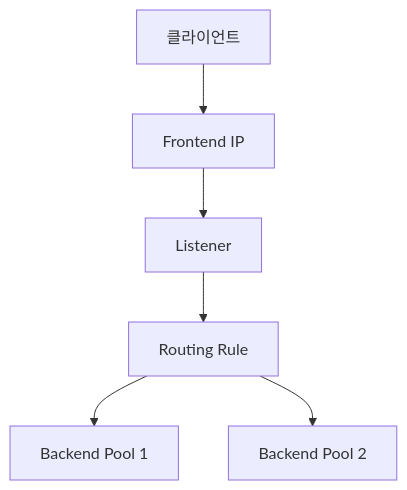
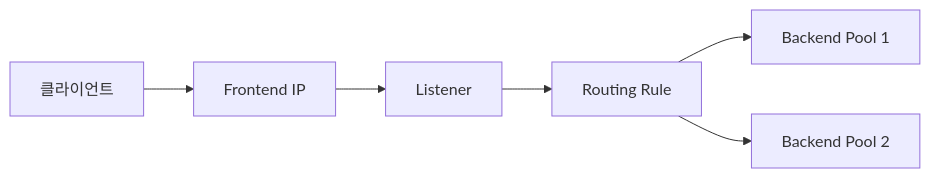
Before and after one commit to HamaPr/HamaPr.github.io: the diagram in _posts/cloud-azure/2025-09-19-AppGateway_study.md, drawn with Mermaid. The commit also changed other lines of this file and 27 other files, not shown here.

````diff
--- a/_posts/cloud-azure/2025-09-19-AppGateway_study.md
+++ b/_posts/cloud-azure/2025-09-19-AppGateway_study.md
@@ -27,8 +28,8 @@
 ```mermaid
-flowchart TB
+flowchart LR
     Client["클라이언트"] --> FIP["Frontend IP"]
     FIP --> Listener["Listener"]
     Listener --> Rule["Routing Rule"]
     Rule --> BS1["Backend Pool 1"]
     Rule --> BS2["Backend Pool 2"]
 ```
````
